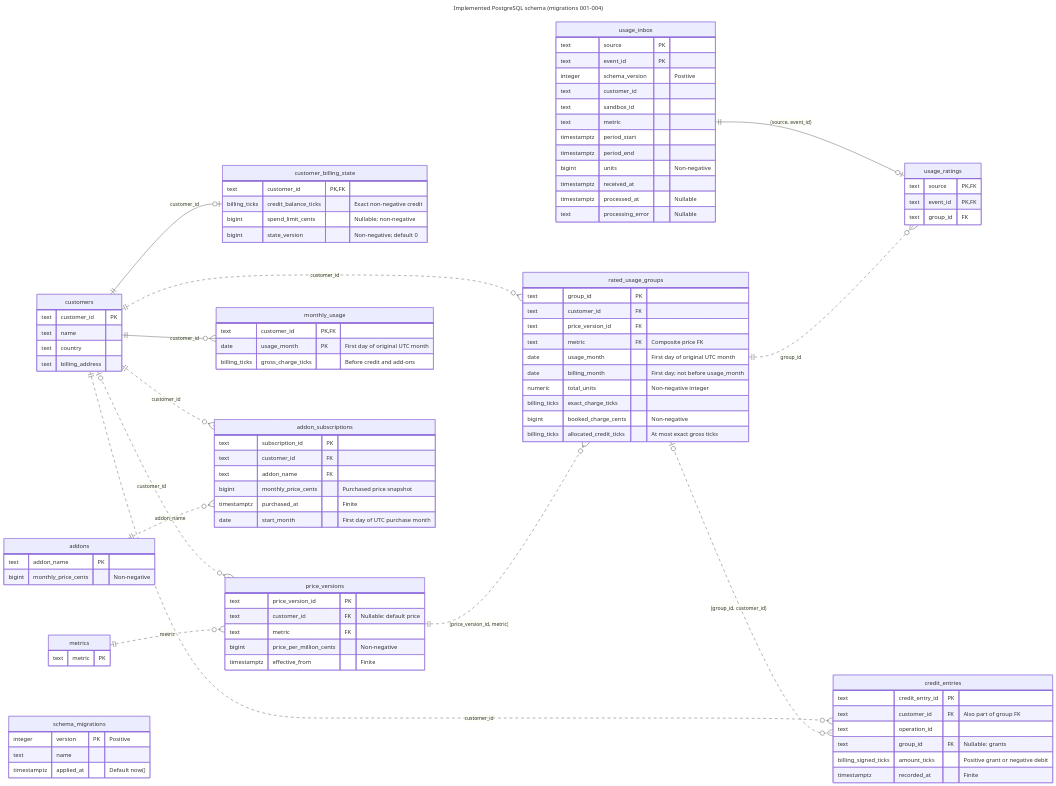
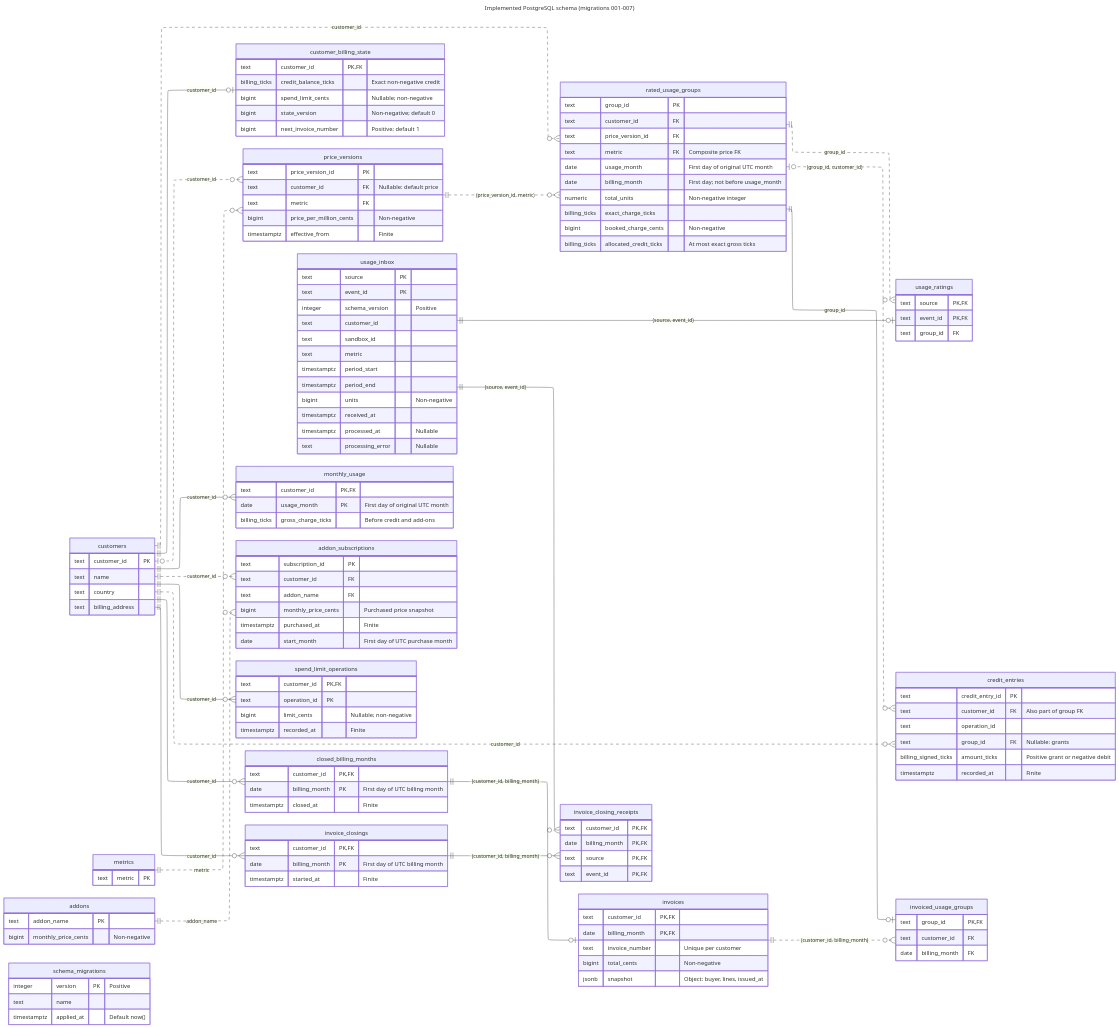
One commit to pupitooo/e2b-billing-api changed the diagram in docs/diagrams/implemented-data-model/implemented-data-model.mmd. Above: the diagram before and after it, drawn with Mermaid. The commit also changed 9 other files, not shown here.

First line of the commit message:
Document billing architecture and final acceptance testing (#27)

```diff
--- a/docs/diagrams/implemented-data-model/implemented-data-model.mmd
+++ b/docs/diagrams/implemented-data-model/implemented-data-model.mmd
@@ -1,119 +1,172 @@
 ---
-title: Implemented PostgreSQL schema (migrations 001-004)
+title: Implemented PostgreSQL schema (migrations 001-007)
+config:
+  layout: elk
 ---
 erDiagram
     direction LR
 
     customers ||--o| customer_billing_state : customer_id
     customers |o..o{ price_versions : customer_id
     metrics ||..o{ price_versions : metric
     customers ||..o{ rated_usage_groups : customer_id
     price_versions ||..o{ rated_usage_groups : "(price_version_id, metric)"
     usage_inbox ||--o| usage_ratings : "(source, event_id)"
     rated_usage_groups ||..o{ usage_ratings : group_id
     customers ||--o{ monthly_usage : customer_id
     customers ||..o{ credit_entries : customer_id
     rated_usage_groups |o..o{ credit_entries : "(group_id, customer_id)"
     customers ||..o{ addon_subscriptions : customer_id
     addons ||..o{ addon_subscriptions : addon_name
+
+    customers ||--o{ spend_limit_operations : customer_id
+    customers ||--o{ closed_billing_months : customer_id
+    customers ||--o{ invoice_closings : customer_id
+    invoice_closings ||--o{ invoice_closing_receipts : "(customer_id, billing_month)"
+    usage_inbox ||--o{ invoice_closing_receipts : "(source, event_id)"
+    closed_billing_months ||--o| invoices : "(customer_id, billing_month)"
+    invoices ||..o{ invoiced_usage_groups : "(customer_id, billing_month)"
+    rated_usage_groups ||--o| invoiced_usage_groups : group_id
 
     usage_inbox {
         text source PK
         text event_id PK
         integer schema_version "Positive"
         text customer_id
         text sandbox_id
         text metric
         timestamptz period_start
         timestamptz period_end
         bigint units "Non-negative"
         timestamptz received_at
         timestamptz processed_at "Nullable"
         text processing_error "Nullable"
     }
     usage_ratings {
         text source PK,FK
         text event_id PK,FK
         text group_id FK
     }
     rated_usage_groups {
         text group_id PK
         text customer_id FK
         text price_version_id FK
         text metric FK "Composite price FK"
         date usage_month "First day of original UTC month"
         date billing_month "First day; not before usage_month"
         numeric total_units "Non-negative integer"
         billing_ticks exact_charge_ticks
         bigint booked_charge_cents "Non-negative"
         billing_ticks allocated_credit_ticks "At most exact gross ticks"
     }
     customers {
         text customer_id PK
         text name
         text country
         text billing_address
     }
     customer_billing_state {
         text customer_id PK,FK
         billing_ticks credit_balance_ticks "Exact non-negative credit"
         bigint spend_limit_cents "Nullable; non-negative"
         bigint state_version "Non-negative; default 0"
+        bigint next_invoice_number "Positive; default 1"
     }
     metrics {
         text metric PK
     }
     price_versions {
         text price_version_id PK
         text customer_id FK "Nullable: default price"
         text metric FK
         bigint price_per_million_cents "Non-negative"
         timestamptz effective_from "Finite"
     }
     monthly_usage {
         text customer_id PK,FK
         date usage_month PK "First day of original UTC month"
         billing_ticks gross_charge_ticks "Before credit and add-ons"
     }
     credit_entries {
         text credit_entry_id PK
         text customer_id FK "Also part of group FK"
         text operation_id
         text group_id FK "Nullable: grants"
         billing_signed_ticks amount_ticks "Positive grant or negative debit"
         timestamptz recorded_at "Finite"
     }
     addons {
         text addon_name PK
         bigint monthly_price_cents "Non-negative"
     }
     addon_subscriptions {
         text subscription_id PK
         text customer_id FK
         text addon_name FK
         bigint monthly_price_cents "Purchased price snapshot"
         timestamptz purchased_at "Finite"
         date start_month "First day of UTC purchase month"
     }
+    spend_limit_operations {
+        text customer_id PK,FK
+        text operation_id PK
+        bigint limit_cents "Nullable; non-negative"
+        timestamptz recorded_at "Finite"
+    }
+    closed_billing_months {
+        text customer_id PK,FK
+        date billing_month PK "First day of UTC billing month"
+        timestamptz closed_at "Finite"
+    }
+    invoice_closings {
+        text customer_id PK,FK
+        date billing_month PK "First day of UTC billing month"
+        timestamptz started_at "Finite"
+    }
+    invoice_closing_receipts {
+        text customer_id PK,FK
+        date billing_month PK,FK
+        text source PK,FK
+        text event_id PK,FK
+    }
+    invoices {
+        text customer_id PK,FK
+        date billing_month PK,FK
+        text invoice_number "Unique per customer"
+        bigint total_cents "Non-negative"
+        jsonb snapshot "Object: buyer, lines, issued_at"
+    }
+    invoiced_usage_groups {
+        text group_id PK,FK
+        text customer_id FK
+        date billing_month FK
+    }
     schema_migrations {
         integer version PK "Positive"
         text name
         timestamptz applied_at "Default now()"
     }
 
-    %% This diagram covers every table and column created by migrate.sql and migrations 001-004.
+    %% This diagram covers all 18 tables and 82 columns after migrate.sql and migrations 001-007.
     %% All columns are NOT NULL unless explicitly labeled Nullable.
     %% PK and FK markers identify membership in primary and foreign keys, including composite keys.
     %% Solid relationships include parent identity in the child's primary key; dashed ones do not.
     %% Edges show declared foreign keys only; usage_inbox has no customer or metric FK.
-    %% billing_ticks is numeric constrained to non-negative finite integers; 1 cent = 1,000,000 ticks.
+    %% billing_ticks is numeric constrained to non-negative finite integers; 1 cent = 1_000_000 ticks.
     %% billing_signed_ticks is numeric constrained to signed finite integers for credit history.
     %% price_versions UNIQUE NULLS NOT DISTINCT: (customer_id, metric, effective_from).
     %% price_versions UNIQUE: (price_version_id, metric).
     %% rated_usage_groups UNIQUE: (customer_id, price_version_id, usage_month, billing_month).
     %% rated_usage_groups UNIQUE: (group_id, customer_id).
     %% credit_entries UNIQUE: (customer_id, operation_id).
     %% addon_subscriptions UNIQUE: (customer_id, addon_name).
+    %% invoices UNIQUE: (customer_id, invoice_number).
     %% price_versions, usage_ratings, and credit_entries reject updates and deletes through triggers.
+    %% closed_billing_months, spend_limit_operations, invoice_closings, invoice_closing_receipts,
+    %% invoices, and invoiced_usage_groups also reject updates and deletes through triggers.
     %% Triggers also preserve group identity and validate receipt customer, metric, and UTC month.
-    %% Invoice tables, invoice numbering, and frozen groups are not implemented.
+    %% A group referenced by invoiced_usage_groups rejects updates and deletes.
+    %% InvoiceLine values are stored in invoices.snapshot.lines; there is no invoice_lines table.
+    %% No extra FK matches invoiced_usage_groups customer/month to the group's customer/month.
+    %% No extra FK matches invoice_closing_receipts customer to the receipt's customer.
+    %% Those ownership checks belong to the closing transaction; edges show only declared FKs.
```
